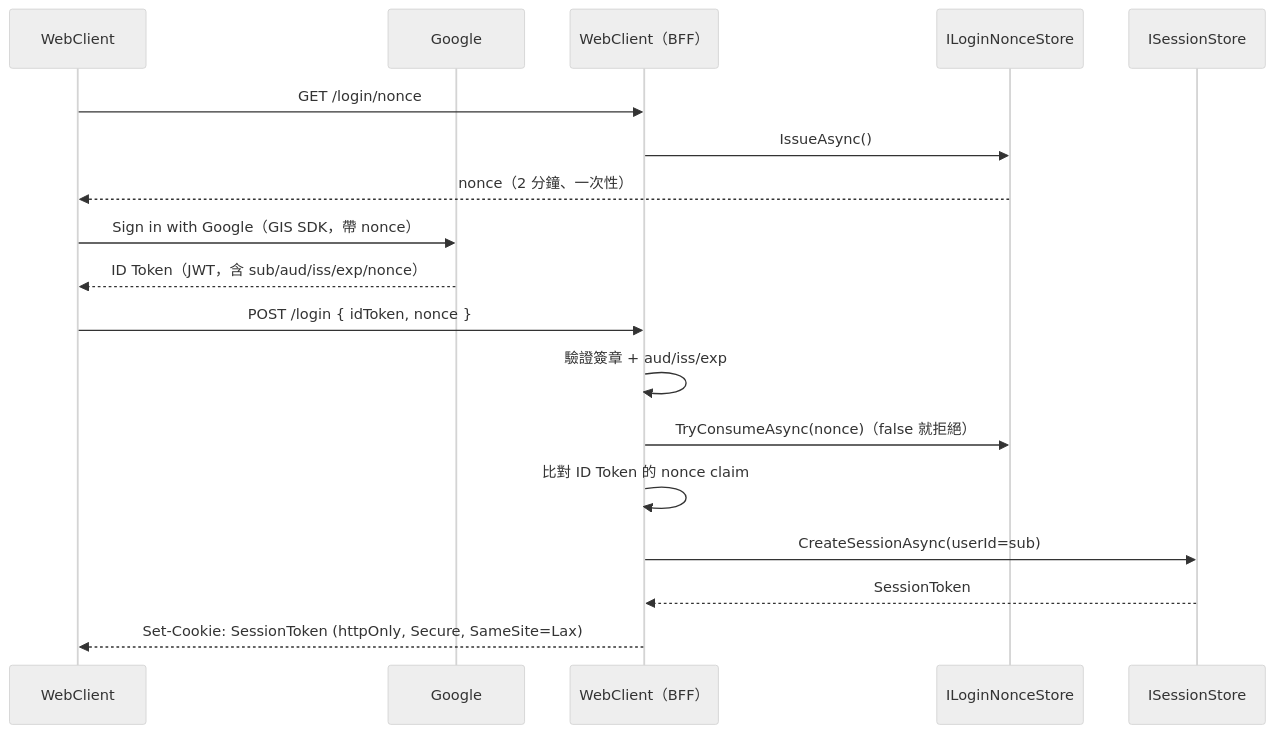
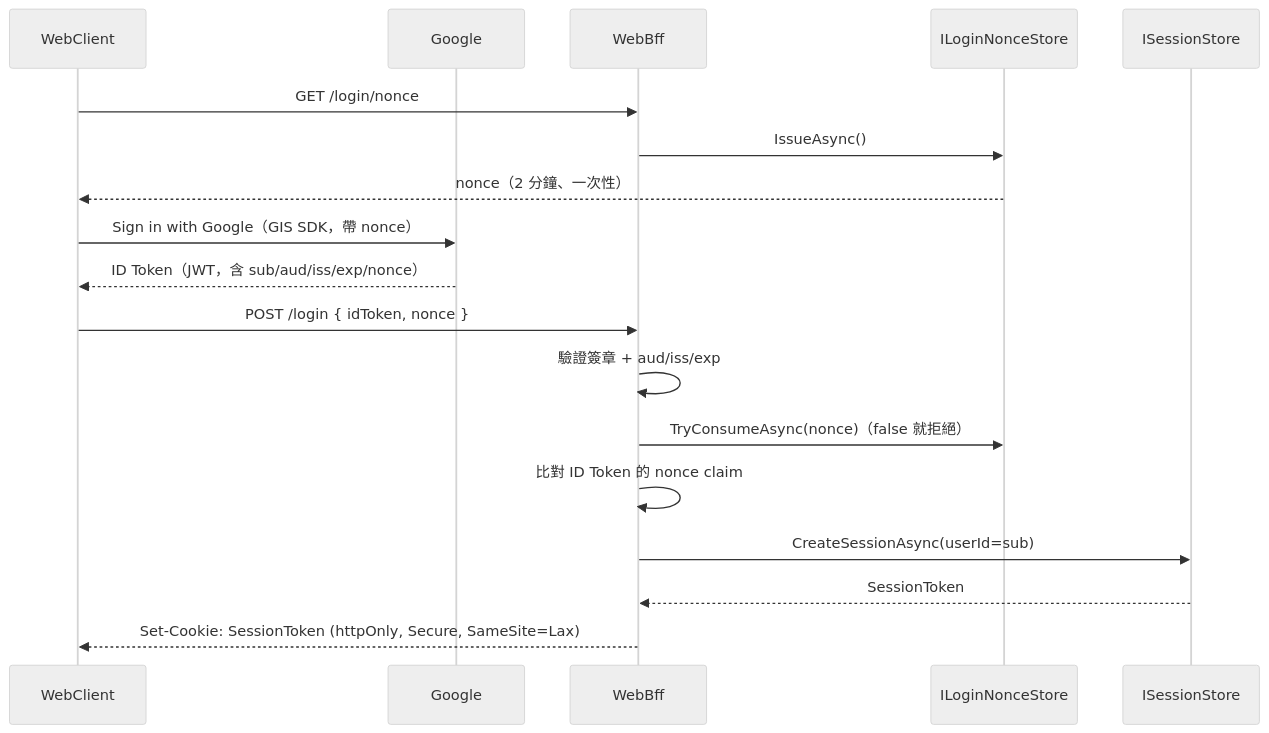
One commit to yggdrasill-dev/ChatSystem changed the second of 5 diagrams in docs/architecture/identity-layer.md. Above: the diagram before and after it, drawn with Mermaid (neutral theme). The commit also changed other lines of this file and 17 other files, not shown here.

First line of the commit message:
refactor(identity-layer): WebClient 專案改名為 WebBff，把 WebClient 這個名字留給 Angular

````diff
--- a/docs/architecture/identity-layer.md
+++ b/docs/architecture/identity-layer.md
@@ -117,21 +117,21 @@
 ```mermaid
 sequenceDiagram
     participant WC as WebClient
     participant G as Google
-    participant LI as WebClient（BFF）
+    participant LI as WebBff
     participant NS as ILoginNonceStore
     participant SS as ISessionStore
 
     WC->>LI: GET /login/nonce
     LI->>NS: IssueAsync()
     NS-->>WC: nonce（2 分鐘、一次性）
     WC->>G: Sign in with Google（GIS SDK，帶 nonce）
     G-->>WC: ID Token（JWT，含 sub/aud/iss/exp/nonce）
     WC->>LI: POST /login { idToken, nonce }
     LI->>LI: 驗證簽章 + aud/iss/exp
     LI->>NS: TryConsumeAsync(nonce)（false 就拒絕）
     LI->>LI: 比對 ID Token 的 nonce claim
     LI->>SS: CreateSessionAsync(userId=sub)
     SS-->>LI: SessionToken
     LI-->>WC: Set-Cookie: SessionToken (httpOnly, Secure, SameSite=Lax)
 ```
````
